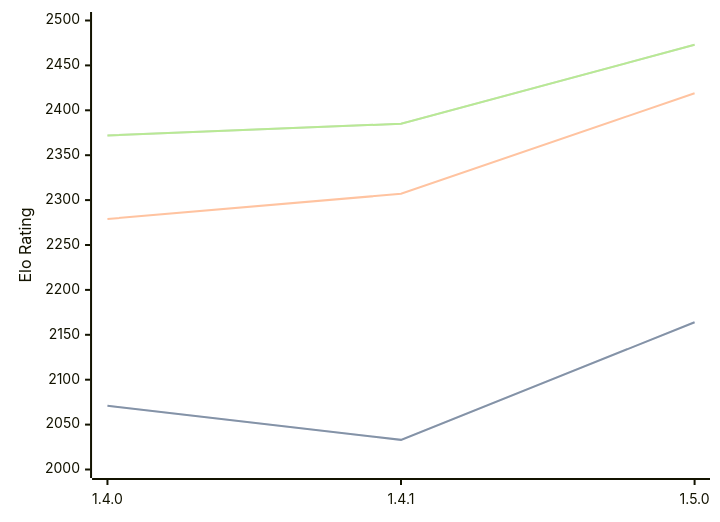
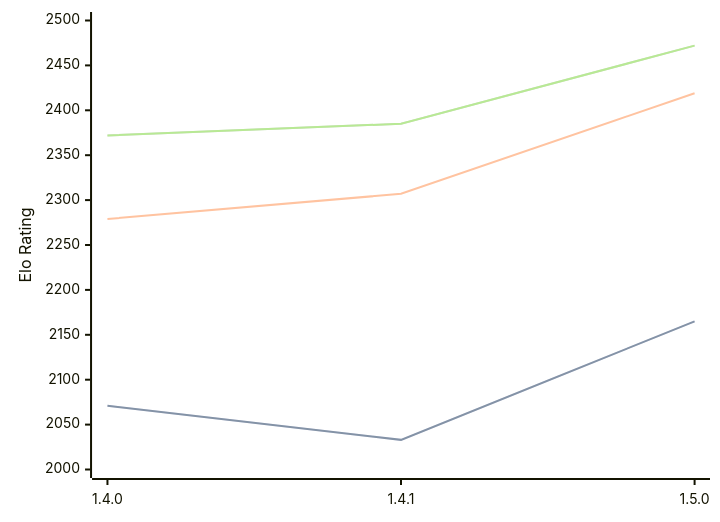
Before and after one commit to computer-chess-index/cci: the first of 3 diagrams in engines/Tofiks.md, drawn with Mermaid. The commit also changed other lines of this file, not shown here.

Commit message:
Update CCI Ratings (ELO VLTC) - 2026-07-18

````diff
--- a/engines/Tofiks.md
+++ b/engines/Tofiks.md
@@ -37,11 +37,11 @@
 ```mermaid
 %%{init: {"theme":"base","themeVariables":{"seriesColors:['#a3a3a3','#222221','#faa371']}}}%%
 xychart-beta
   x-axis ["1.4.0", "1.4.1", "1.5.0"]
   y-axis "Elo Rating" 2000 --> 2500
-  line "STC (8.0+0.08s)" [2071, 2033, 2164]
-  line "STC (8.0+0.08s)" [2071, 2033, 2164]
+  line "STC (8.0+0.08s)" [2071, 2033, 2165]
+  line "STC (8.0+0.08s)" [2071, 2033, 2165]
   line "LTC (60.0+0.60s)" [2279, 2307, 2419]
-  line "VLTC (2m24s+1.12s)" [2372, 2385, 2473]
-  line "VLTC (2m24s+1.12s)" [2372, 2385, 2473]
+  line "VLTC (2m24s+1.12s)" [2372, 2385, 2472]
+  line "VLTC (2m24s+1.12s)" [2372, 2385, 2472]
 ```
````
